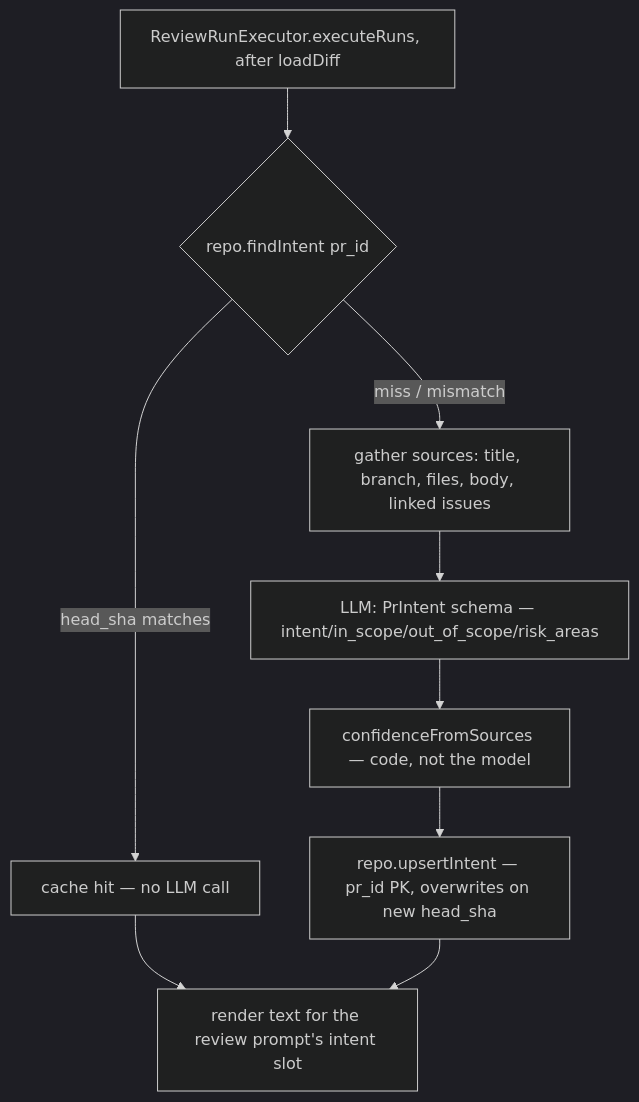
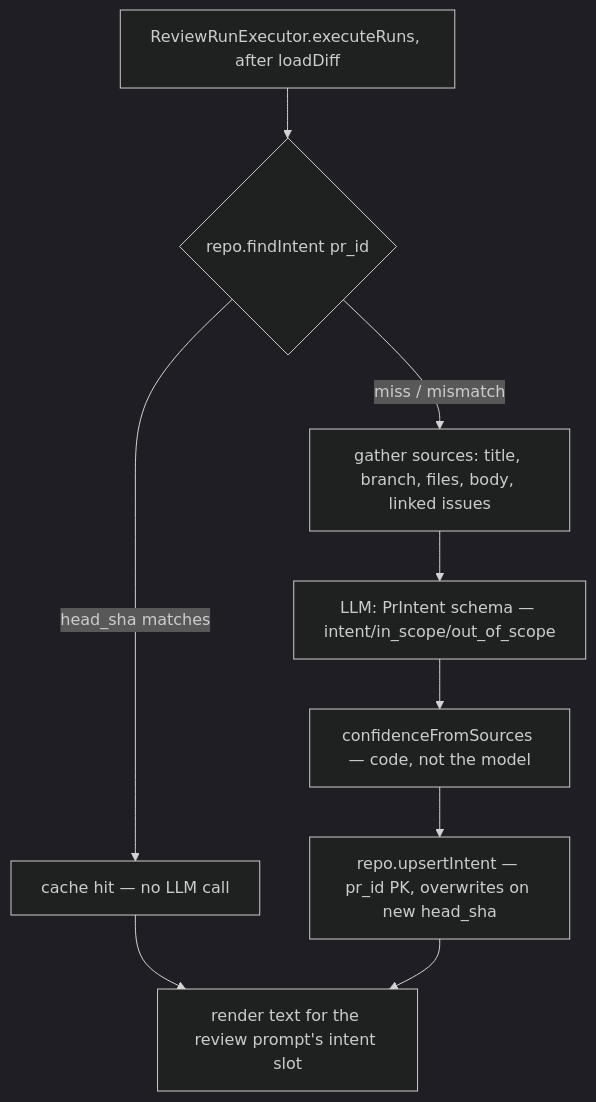
The diagram in server/src/modules/intent/README.md (Gidrargirum/dev-digest), drawn with Mermaid (dark theme) before and after one commit. The commit also changed other lines of this file and 66 other files, not shown here.

````diff
--- a/server/src/modules/intent/README.md
+++ b/server/src/modules/intent/README.md
@@ -10,11 +10,11 @@
 ```mermaid
 flowchart TD
   A[ReviewRunExecutor.executeRuns, after loadDiff] --> B{repo.findIntent pr_id}
   B -- head_sha matches --> C[cache hit — no LLM call]
   B -- miss / mismatch --> D[gather sources: title, branch, files, body, linked issues]
-  D --> E[LLM: PrIntent schema — intent/in_scope/out_of_scope/risk_areas]
+  D --> E[LLM: PrIntent schema — intent/in_scope/out_of_scope]
   E --> F[confidenceFromSources — code, not the model]
   F --> G[repo.upsertIntent — pr_id PK, overwrites on new head_sha]
   C --> H[render text for the review prompt's intent slot]
   G --> H
 ```
````
